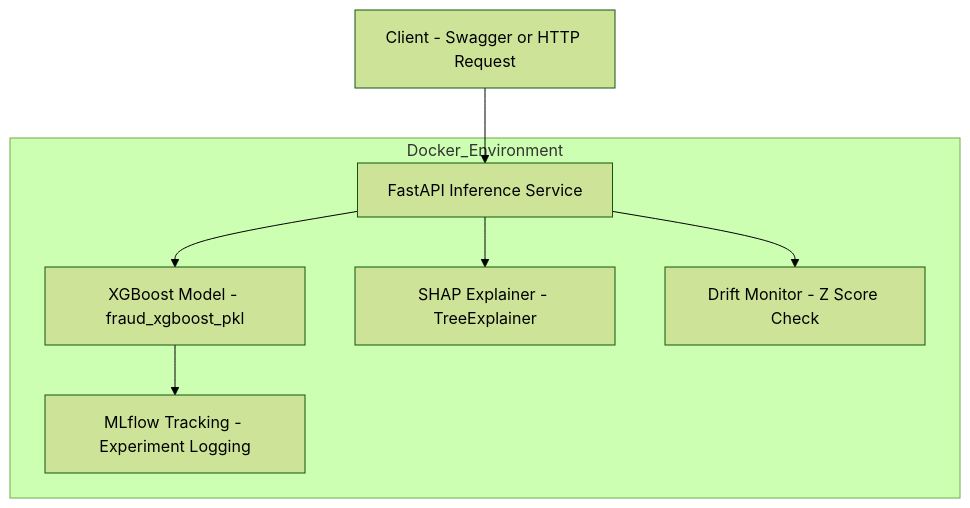
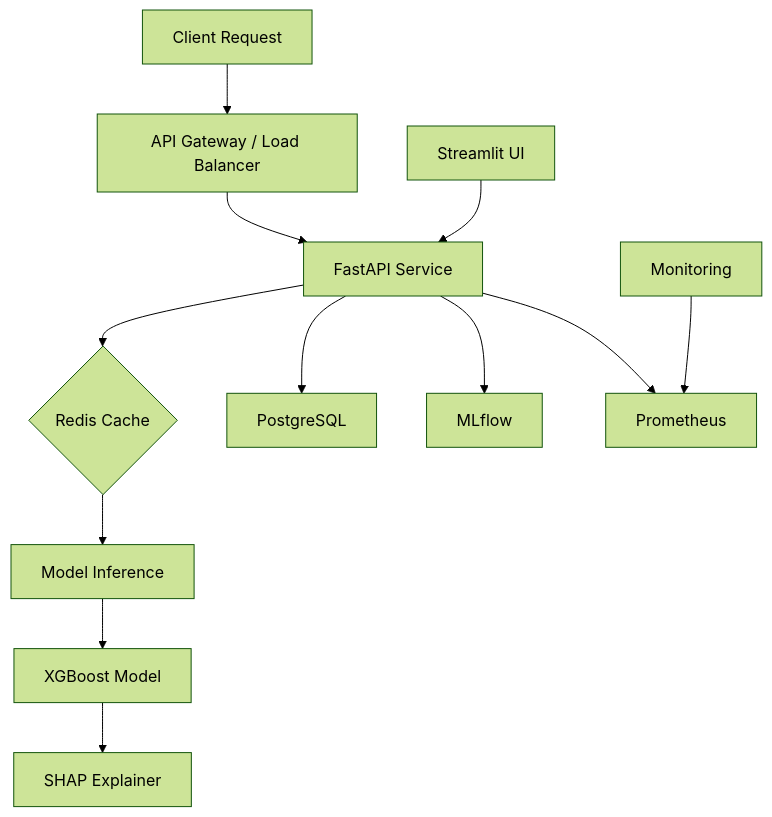
The diagram in README.md (rajkarthik2003/fraud-mlops-system), drawn with Mermaid (forest theme) before and after one commit. The commit also changed other lines of this file and 7 other files, not shown here.

````diff
--- a/README.md
+++ b/README.md
@@ -46,19 +71,15 @@
 ```mermaid
 flowchart TD
+    A[Client Request] --> B[API Gateway / Load Balancer]
+    B --> C[FastAPI Service]
+    C --> D{Redis Cache}
+    D --> E[Model Inference]
+    E --> F[XGBoost Model]
+    F --> G[SHAP Explainer]
+    C --> H[PostgreSQL]
+    C --> I[MLflow]
+    C --> J[Prometheus]
 
-    A[Client - Swagger or HTTP Request] --> B[FastAPI Inference Service]
-
-    B --> C1[XGBoost Model - fraud_xgboost_pkl]
-    B --> C2[SHAP Explainer - TreeExplainer]
-    B --> C3[Drift Monitor - Z Score Check]
-
-    C1 --> D[MLflow Tracking - Experiment Logging]
-
-    subgraph Docker_Environment
-        B
-        C1
-        C2
-        C3
-        D
-    end
+    K[Streamlit UI] --> C
+    L[Monitoring] --> J
 ```
````
